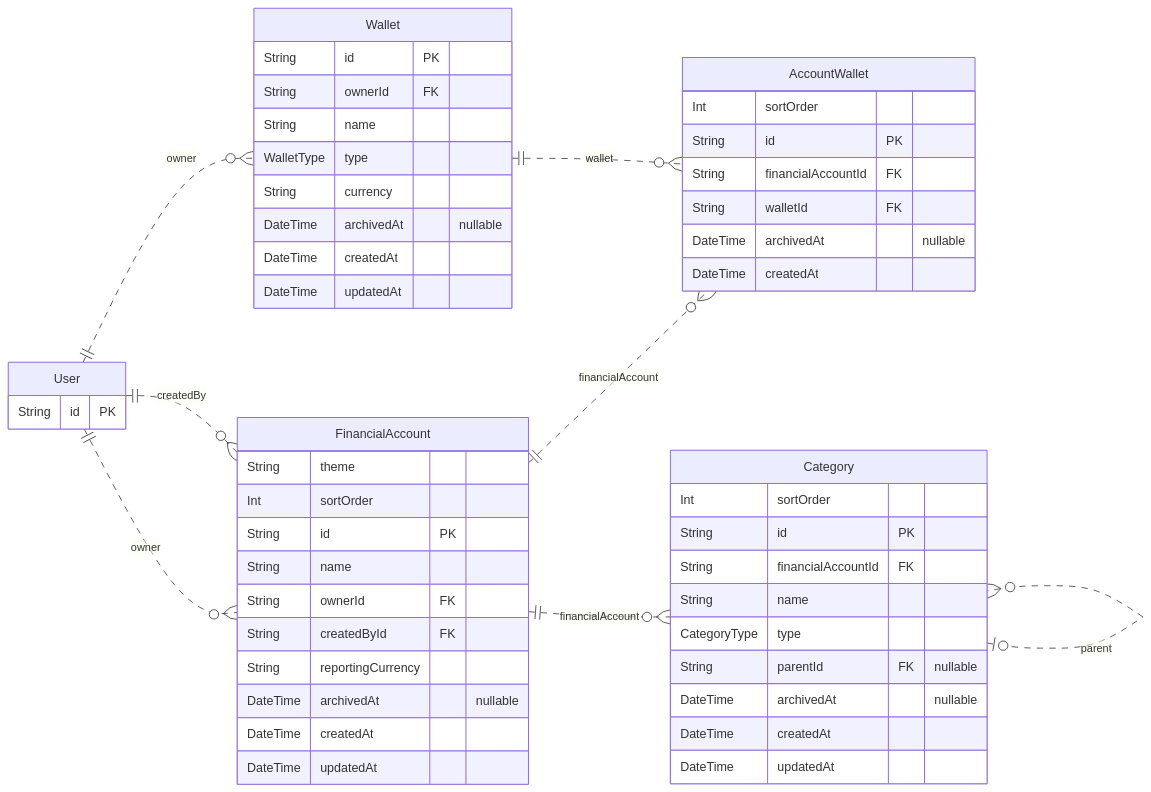
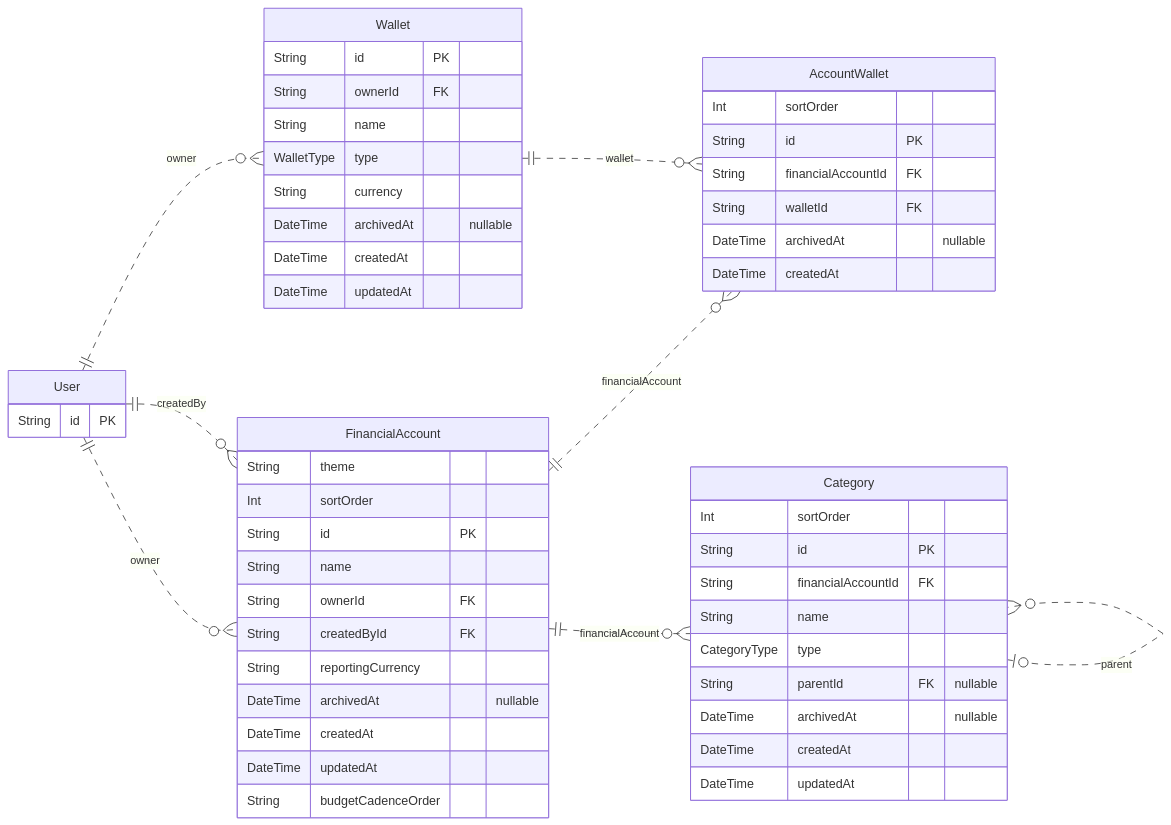
One commit to gkoura/centscope changed the second of 4 diagrams in prisma/ERD.md. Above: the diagram before and after it, drawn with Mermaid. The commit also changed other lines of this file and 16 other files, not shown here.

````diff
--- a/prisma/ERD.md
+++ b/prisma/ERD.md
@@ -92,55 +92,56 @@
 ```mermaid
 erDiagram
     direction LR
     FinancialAccount {
         String theme
         Int sortOrder
         String id PK
         String name
         String ownerId FK
         String createdById FK
         String reportingCurrency
         DateTime archivedAt "nullable"
         DateTime createdAt
         DateTime updatedAt
+        String budgetCadenceOrder
     }
     Wallet {
         String id PK
         String ownerId FK
         String name
         WalletType type
         String currency
         DateTime archivedAt "nullable"
         DateTime createdAt
         DateTime updatedAt
     }
     AccountWallet {
         Int sortOrder
         String id PK
         String financialAccountId FK
         String walletId FK
         DateTime archivedAt "nullable"
         DateTime createdAt
     }
     Category {
         Int sortOrder
         String id PK
         String financialAccountId FK
         String name
         CategoryType type
         String parentId FK "nullable"
         DateTime archivedAt "nullable"
         DateTime createdAt
         DateTime updatedAt
     }
     User {
         String id PK
     }
     User ||..o{ FinancialAccount : "owner"
     User ||..o{ FinancialAccount : "createdBy"
     User ||..o{ Wallet : "owner"
     FinancialAccount ||..o{ AccountWallet : "financialAccount"
     Wallet ||..o{ AccountWallet : "wallet"
     FinancialAccount ||..o{ Category : "financialAccount"
     Category |o..o{ Category : "parent"
 ```
````
